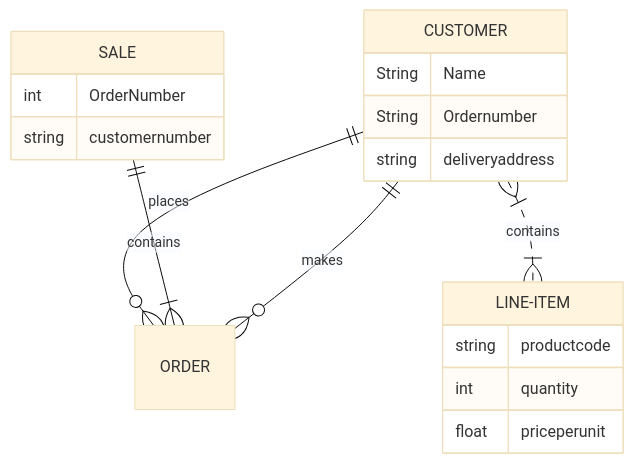
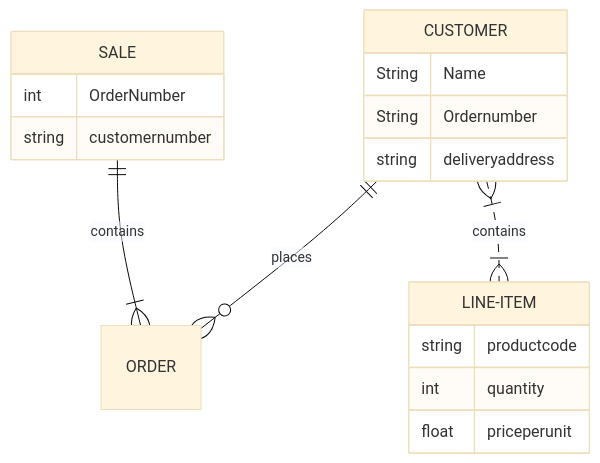
Before and after one commit to slaucks/slaucks.github.io: the diagram in NikeStore_ERD.md, drawn with Mermaid (base theme).

````diff
--- a/NikeStore_ERD.md
+++ b/NikeStore_ERD.md
@@ -1,22 +1,21 @@
 ```mermaid
 erDiagram
     CUSTOMER ||--o{ ORDER : places
     CUSTOMER {
            String Name
            String Ordernumber
            string deliveryaddress
 }
     SALE ||--|{ ORDER : contains
     SALE { 
        int OrderNumber
        string customernumber
     }
     CUSTOMER }|..|{ LINE-ITEM : contains
     LINE-ITEM {
           string productcode
           int quantity
           float priceperunit
     }
-CUSTOMER only one to zero or more ORDER : makes
 
 ```
````
